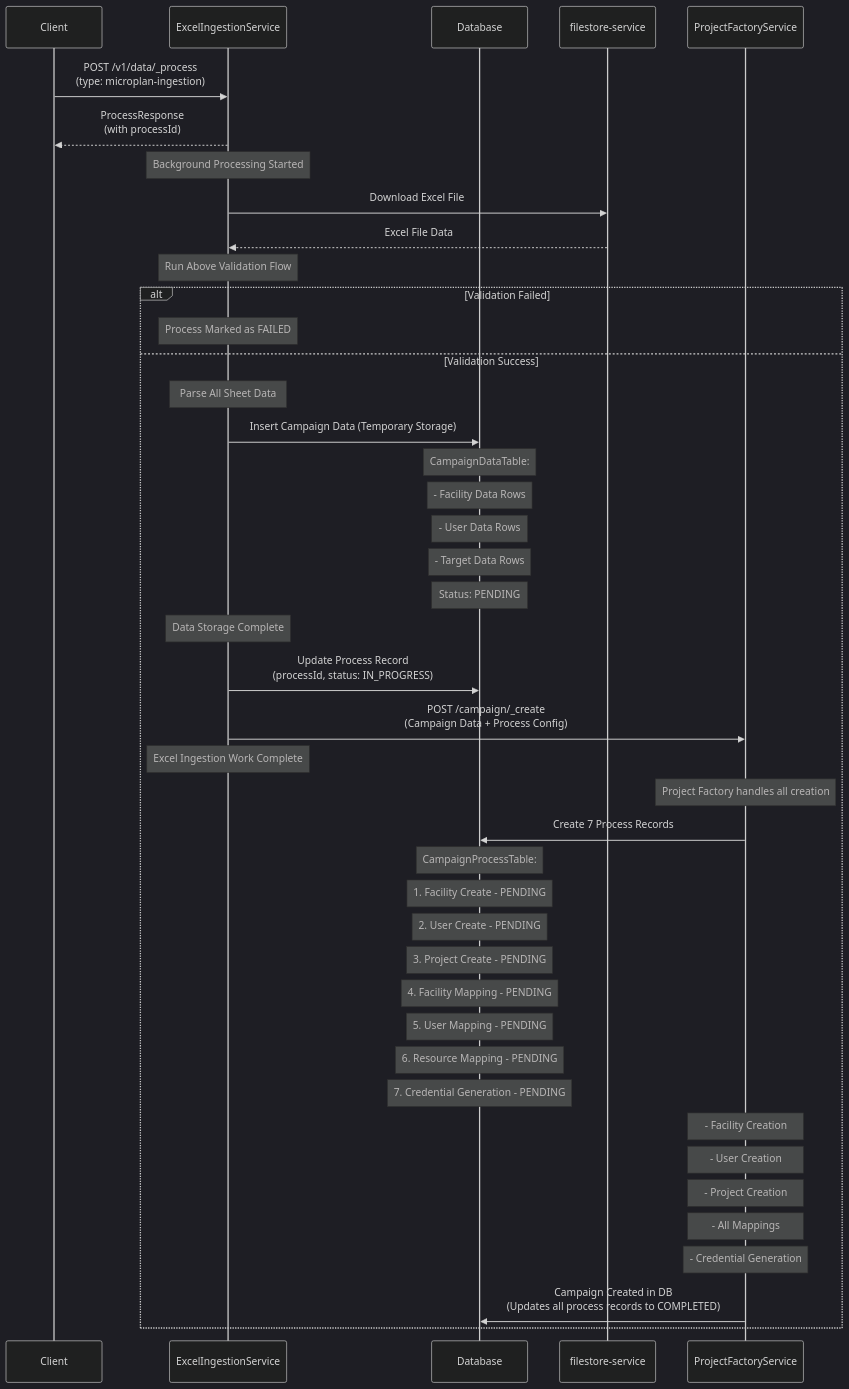
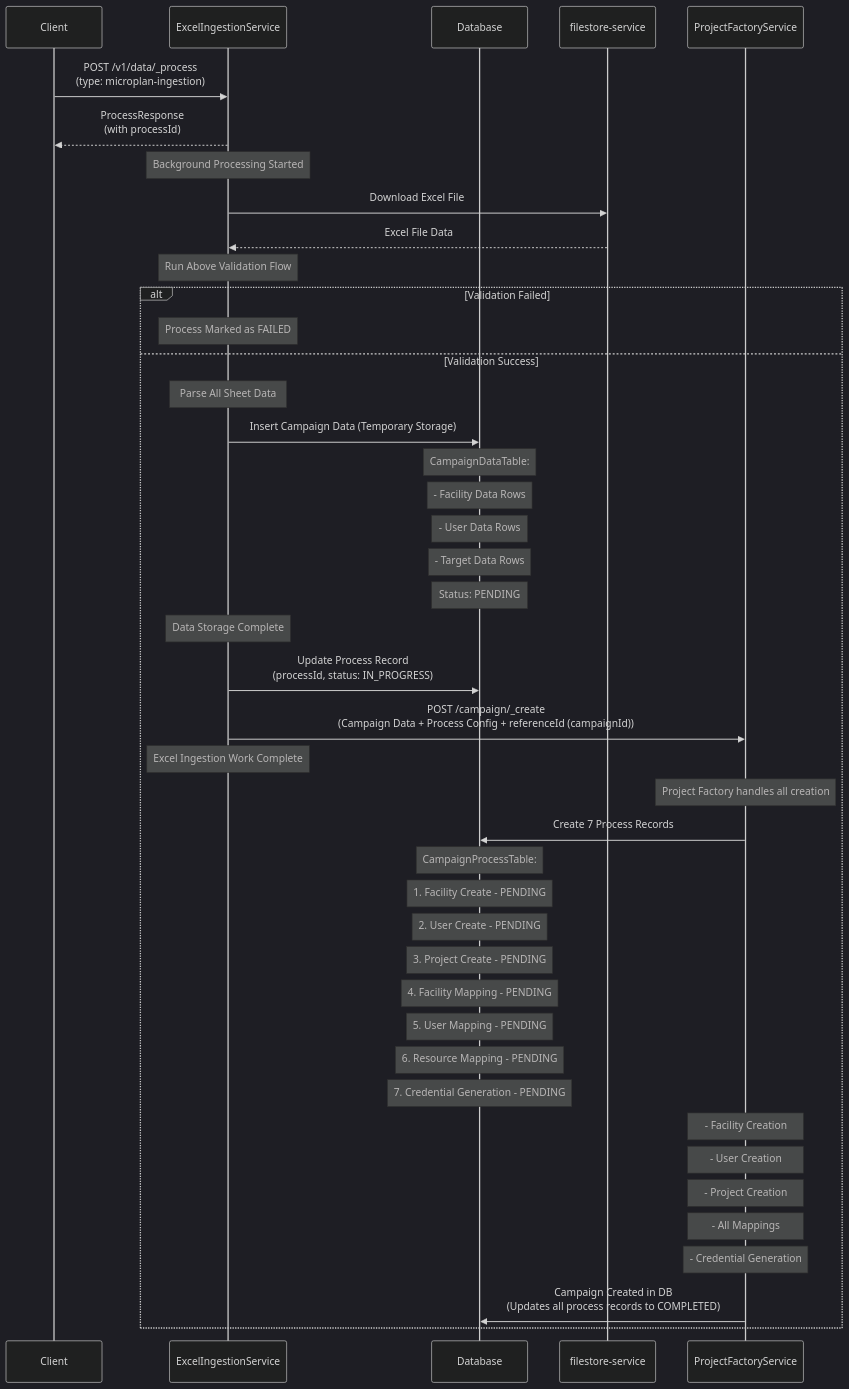
Before and after one commit to ashish-egov/campaign-whole-sheet-ingestion: the third of 5 diagrams in tempDesign.md, drawn with Mermaid (dark theme). The commit also changed other lines of this file, not shown here.

````diff
--- a/tempDesign.md
+++ b/tempDesign.md
@@ -89,59 +89,59 @@
 ```mermaid
 sequenceDiagram
     participant Client
     participant ExcelIngestionService
     participant Database
     participant filestore-service
     participant ProjectFactoryService
     
     Client->>ExcelIngestionService: POST /v1/data/_process<br/>(type: microplan-ingestion)
     
     ExcelIngestionService-->>Client: ProcessResponse<br/>(with processId)
     
     Note over ExcelIngestionService: Background Processing Started
     
     ExcelIngestionService->>filestore-service: Download Excel File
     filestore-service-->>ExcelIngestionService: Excel File Data
     
     Note over ExcelIngestionService: Run Above Validation Flow
     
     alt Validation Failed
         Note over ExcelIngestionService: Process Marked as FAILED
     else Validation Success
     
         Note over ExcelIngestionService: Parse All Sheet Data
         
         ExcelIngestionService->>Database: Insert Campaign Data (Temporary Storage)
         Note over Database: CampaignDataTable:
         Note over Database: - Facility Data Rows
         Note over Database: - User Data Rows  
         Note over Database: - Target Data Rows
         Note over Database: Status: PENDING
         
         Note over ExcelIngestionService: Data Storage Complete
         ExcelIngestionService->>Database: Update Process Record<br/>(processId, status: IN_PROGRESS)
         
-        ExcelIngestionService->>ProjectFactoryService: POST /campaign/_create<br/>(Campaign Data + Process Config)
+        ExcelIngestionService->>ProjectFactoryService: POST /campaign/_create<br/>(Campaign Data + Process Config + referenceId (campaignId))
         
         Note over ExcelIngestionService: Excel Ingestion Work Complete
         
         Note over ProjectFactoryService: Project Factory handles all creation
         ProjectFactoryService->>Database: Create 7 Process Records
         Note over Database: CampaignProcessTable:
         Note over Database: 1. Facility Create - PENDING
         Note over Database: 2. User Create - PENDING
         Note over Database: 3. Project Create - PENDING
         Note over Database: 4. Facility Mapping - PENDING
         Note over Database: 5. User Mapping - PENDING
         Note over Database: 6. Resource Mapping - PENDING
         Note over Database: 7. Credential Generation - PENDING
         
         Note over ProjectFactoryService: - Facility Creation
         Note over ProjectFactoryService: - User Creation  
         Note over ProjectFactoryService: - Project Creation
         Note over ProjectFactoryService: - All Mappings
         Note over ProjectFactoryService: - Credential Generation
         
         ProjectFactoryService->>Database: Campaign Created in DB<br/>(Updates all process records to COMPLETED)
     end
 ```
````
